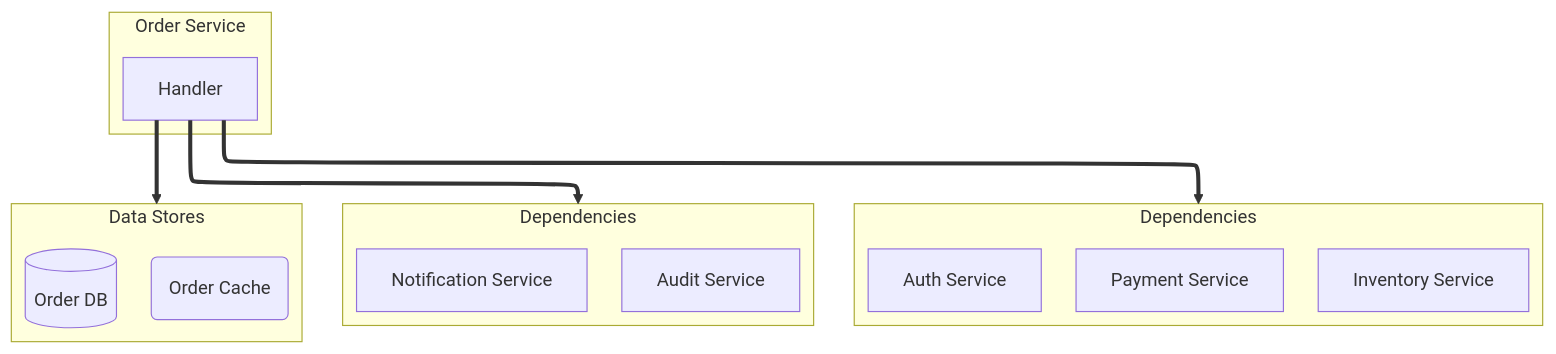
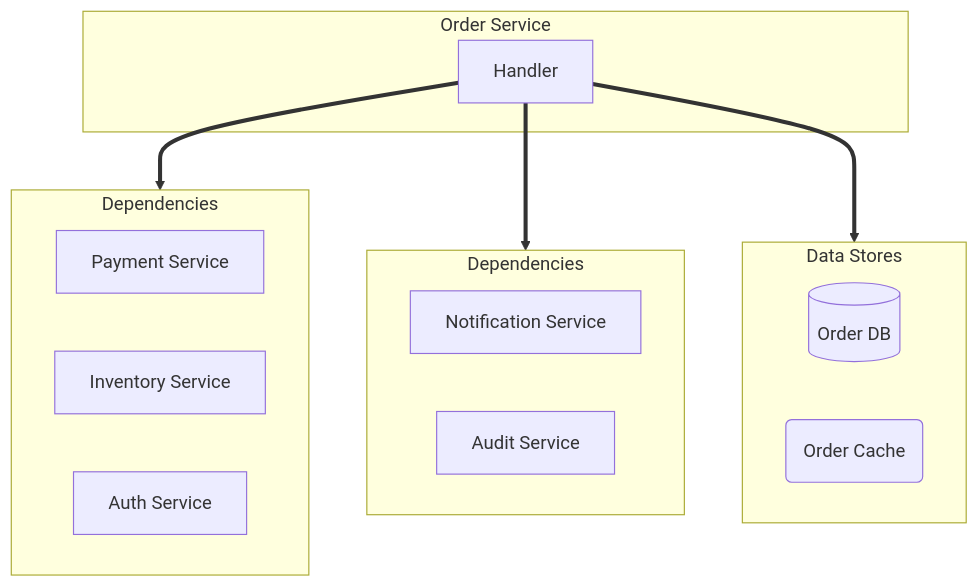
Before and after one commit to selimabeniacar/gemini-skills: the first of 3 diagrams in prompts/phase2-generation.md, drawn with Mermaid. The commit also changed other lines of this file and 1 other file, not shown here.

````diff
--- a/prompts/phase2-generation.md
+++ b/prompts/phase2-generation.md
@@ -165,27 +167,26 @@
 ```mermaid
-%%{init: {"flowchart": {"defaultRenderer": "elk"}} }%%
 flowchart TD
     subgraph target ["Order Service"]
         T1[Handler]
     end
 
     subgraph deps1 ["Dependencies"]
         D1[Payment Service]
         D2[Inventory Service]
         D3[Auth Service]
     end
 
     subgraph deps2 ["Dependencies"]
         D4[Notification Service]
         D5[Audit Service]
     end
 
     subgraph data ["Data Stores"]
         DB1[(Order DB)]
         C1(Order Cache)
     end
 
     T1 ==> deps1
     T1 ==> deps2
     T1 ==> data
 ```
````
